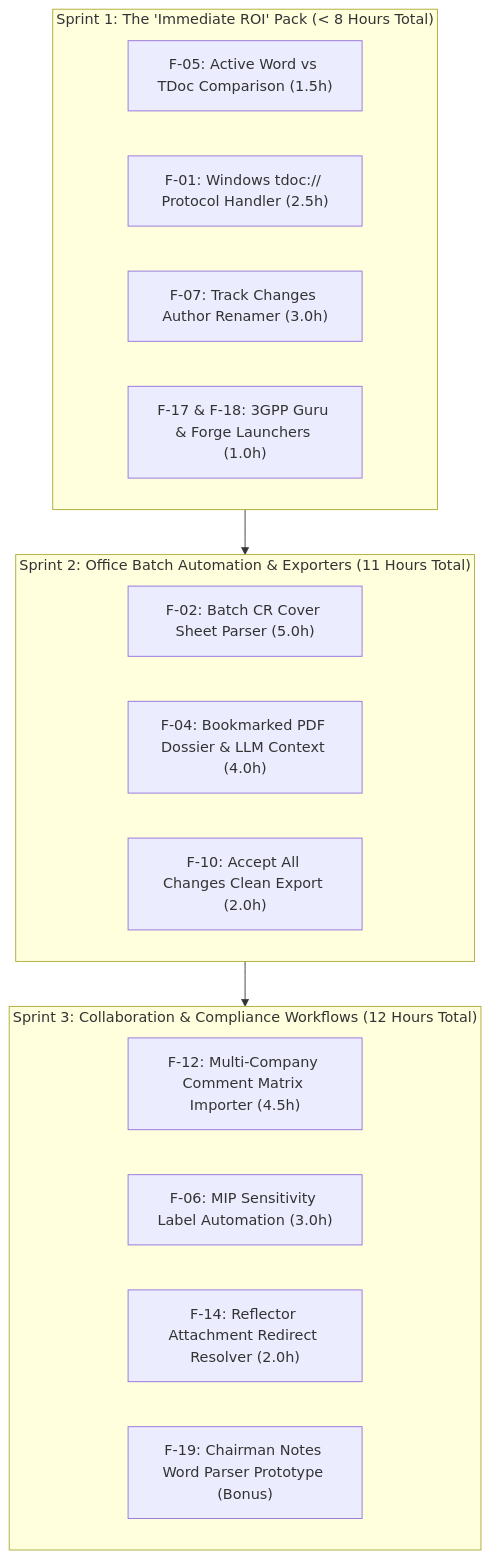
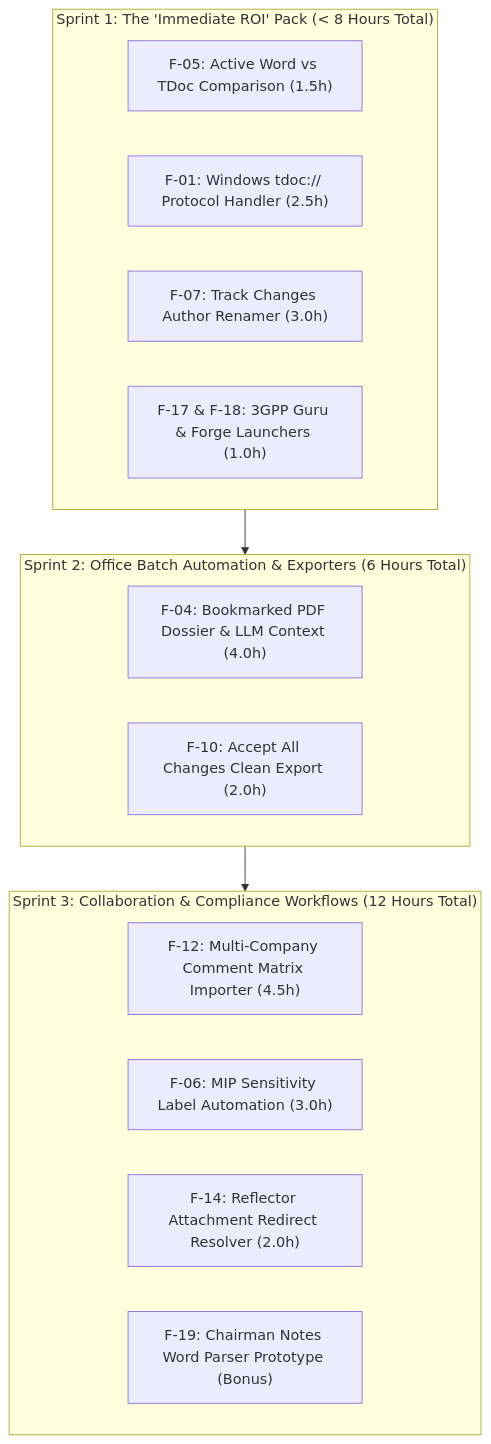
The second of 2 diagrams in 3GPP Tools/docs/legacy_features/VALUE_ANALYSIS.md (telekom/3gpp-meeting-tools), drawn with Mermaid before and after one commit. The commit also changed other lines of this file and 3 other files, not shown here.

First line of the commit message:
docs(legacy): evaluate and deprioritize F-02 batch CR cover sheet parser

````diff
--- a/3GPP Tools/docs/legacy_features/VALUE_ANALYSIS.md
+++ b/3GPP Tools/docs/legacy_features/VALUE_ANALYSIS.md
@@ -242,24 +247,23 @@
 ```mermaid
 flowchart TD
     subgraph S1["Sprint 1: The 'Immediate ROI' Pack (< 8 Hours Total)"]
         S1_1["F-05: Active Word vs TDoc Comparison (1.5h)"]
         S1_2["F-01: Windows tdoc:// Protocol Handler (2.5h)"]
         S1_3["F-07: Track Changes Author Renamer (3.0h)"]
         S1_4["F-17 & F-18: 3GPP Guru & Forge Launchers (1.0h)"]
     end
 
-    subgraph S2["Sprint 2: Office Batch Automation & Exporters (11 Hours Total)"]
-        S2_1["F-02: Batch CR Cover Sheet Parser (5.0h)"]
+    subgraph S2["Sprint 2: Office Batch Automation & Exporters (6 Hours Total)"]
         S2_2["F-04: Bookmarked PDF Dossier & LLM Context (4.0h)"]
         S2_3["F-10: Accept All Changes Clean Export (2.0h)"]
     end
 
     subgraph S3["Sprint 3: Collaboration & Compliance Workflows (12 Hours Total)"]
         S3_1["F-12: Multi-Company Comment Matrix Importer (4.5h)"]
         S3_2["F-06: MIP Sensitivity Label Automation (3.0h)"]
         S3_3["F-14: Reflector Attachment Redirect Resolver (2.0h)"]
         S3_4["F-19: Chairman Notes Word Parser Prototype (Bonus)"]
     end
 
     S1 --> S2 --> S3
 ```
````
